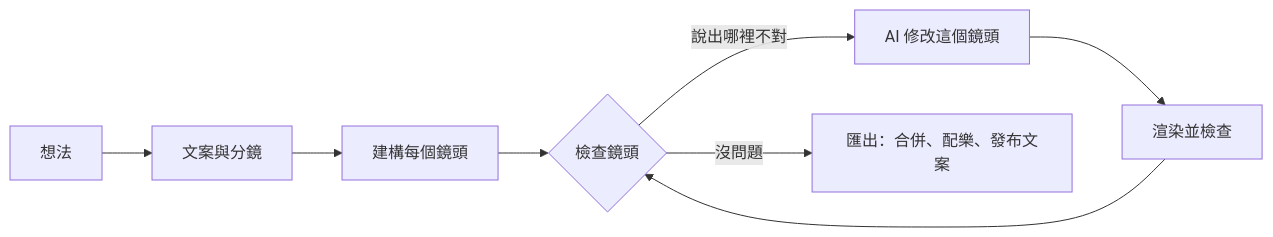
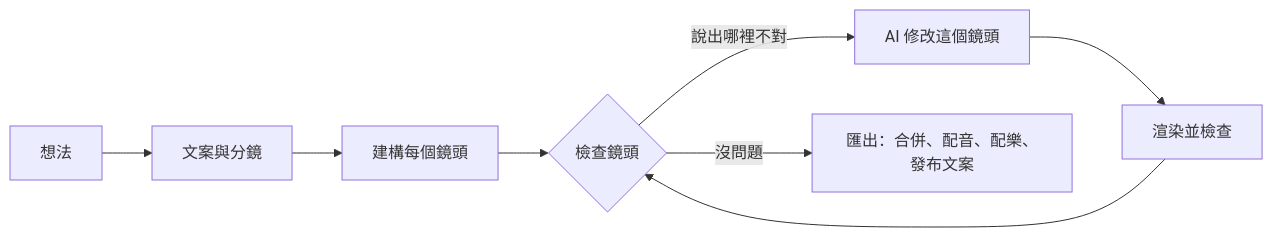
The diagram in README.zh-TW.md (chihyungchang/Shotloop), drawn with Mermaid before and after one commit. The commit also changed other lines of this file and 161 other files, not shown here.

````diff
--- a/README.zh-TW.md
+++ b/README.zh-TW.md
@@ -109,8 +109,8 @@
 ```mermaid
 flowchart LR
   A[想法] --> B[文案與分鏡]
   B --> C[建構每個鏡頭]
   C --> D{檢查鏡頭}
   D -- "說出哪裡不對" --> E[AI 修改這個鏡頭] --> F[渲染並檢查] --> D
-  D -- 沒問題 --> G[匯出：合併、配樂、發布文案]
+  D -- 沒問題 --> G[匯出：合併、配音、配樂、發布文案]
 ```
````
